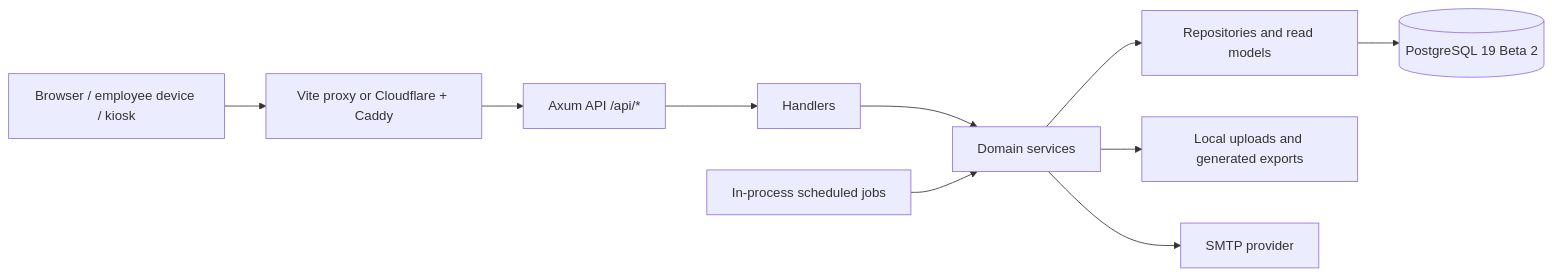
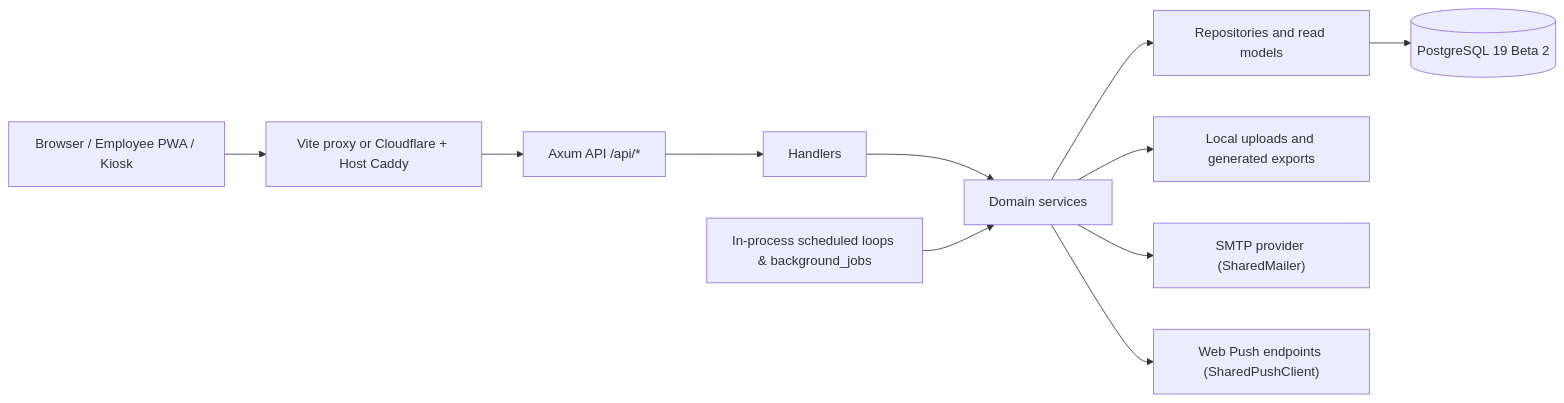
Before and after one commit to siewong007/payroll-system: the diagram in docs/architecture.md, drawn with Mermaid. The commit also changed other lines of this file and 255 other files, not shown here.

Commit message:
feat(push,docs): add Web Push notifications, consolidate docs, and polish PWA UX

````diff
--- a/docs/architecture.md
+++ b/docs/architecture.md
@@ -10,12 +7,13 @@
 ```mermaid
 flowchart LR
-    Browser["Browser / employee device / kiosk"] --> Edge["Vite proxy or Cloudflare + Caddy"]
+    Browser["Browser / Employee PWA / Kiosk"] --> Edge["Vite proxy or Cloudflare + Host Caddy"]
     Edge --> API["Axum API /api/*"]
     API --> Handlers["Handlers"]
     Handlers --> Services["Domain services"]
     Services --> Repositories["Repositories and read models"]
     Repositories --> Database[("PostgreSQL 19 Beta 2")]
     Services --> Files["Local uploads and generated exports"]
-    Services --> SMTP["SMTP provider"]
-    Jobs["In-process scheduled jobs"] --> Services
+    Services --> SMTP["SMTP provider (SharedMailer)"]
+    Services --> WebPush["Web Push endpoints (SharedPushClient)"]
+    Jobs["In-process scheduled loops & background_jobs"] --> Services
 ```
````
